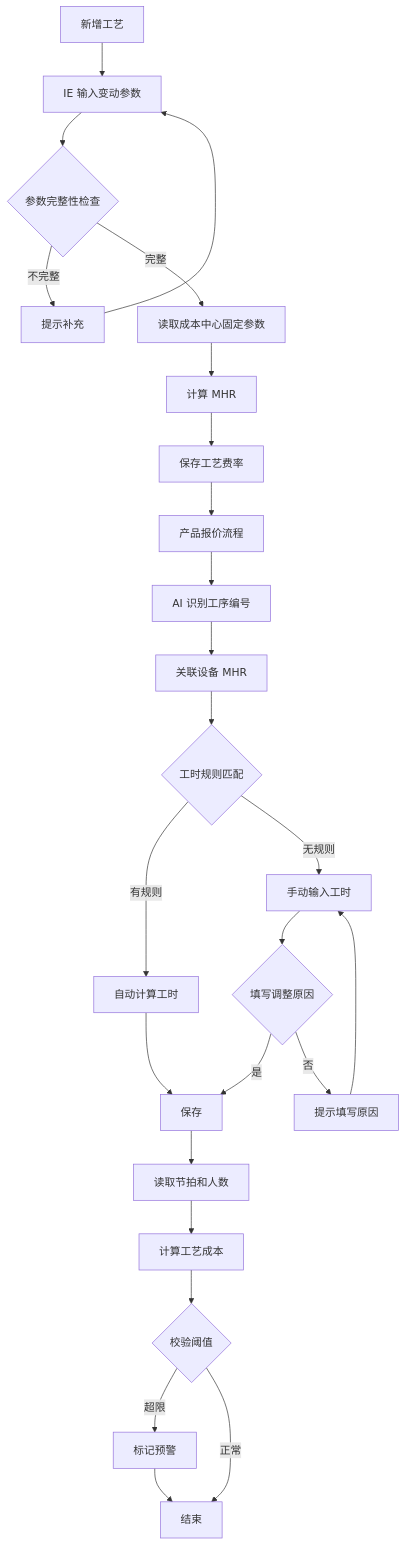
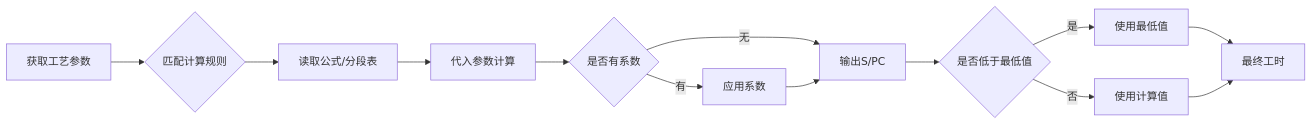
Before and after one commit to randyluo85/Quoting-Copilot: the first of 4 diagrams in docs/工艺成本计算逻辑.md, drawn with Mermaid. The commit also changed other lines of this file and 205 other files, not shown here.

````diff
--- a/docs/工艺成本计算逻辑.md
+++ b/docs/工艺成本计算逻辑.md
@@ -515,28 +638,15 @@
 ```mermaid
-flowchart TD
-    A[新增工艺] --> B[IE 输入变动参数]
-    B --> C{参数完整性检查}
-    C -->|不完整| D[提示补充]
-    D --> B
-    C -->|完整| E[读取成本中心固定参数]
-    E --> F[计算 MHR]
-    F --> G[保存工艺费率]
-
-    G --> H[产品报价流程]
-    H --> I[AI 识别工序编号]
-    I --> J[关联设备 MHR]
-    J --> K{工时规则匹配}
-    K -->|有规则| L[自动计算工时]
-    K -->|无规则| M[手动输入工时]
-    M --> N{填写调整原因}
-    N -->|是| O[保存]
-    N -->|否| P[提示填写原因]
-    L --> O
-    P --> M
-    O --> Q[读取节拍和人数]
-    Q --> R[计算工艺成本]
-    R --> S{校验阈值}
-    S -->|超限| T[标记预警]
-    S -->|正常| U[结束]
-    T --> U
+flowchart LR
+    A[获取工艺参数] --> B{匹配计算规则}
+    B --> C[读取公式/分段表]
+    C --> D[代入参数计算]
+    D --> E{是否有系数}
+    E -->|有| F[应用系数]
+    E -->|无| G[输出S/PC]
+    F --> G
+    G --> H{是否低于最低值}
+    H -->|是| I[使用最低值]
+    H -->|否| J[使用计算值]
+    I --> K[最终工时]
+    J --> K
 ```
````
